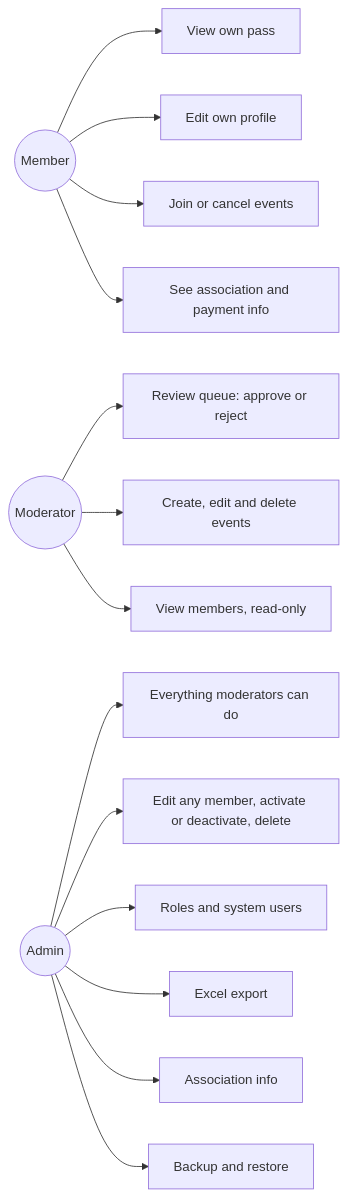
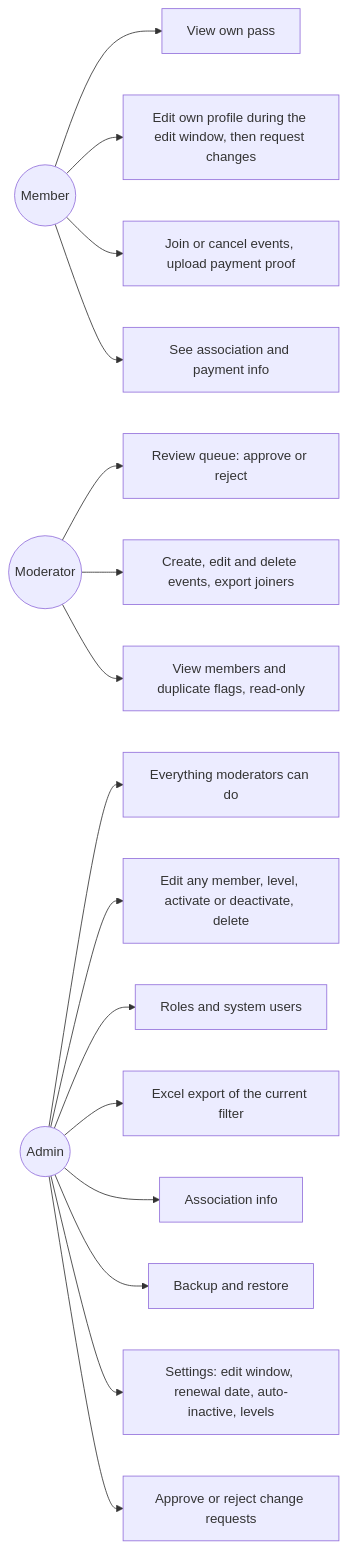
One commit to panhavad/aisarc-membership changed the third of 6 diagrams in README.md. Above: the diagram before and after it, drawn with Mermaid. The commit also changed other lines of this file and 44 other files, not shown here.

First line of the commit message:
v1.8.0: event payments and joiner export, settings, levels, change requests, duplicates

````diff
--- a/README.md
+++ b/README.md
@@ -156,16 +171,18 @@
 ```mermaid
 flowchart LR
     M((Member)) --> M1[View own pass]
-    M --> M2[Edit own profile]
-    M --> M3[Join or cancel events]
+    M --> M2[Edit own profile during the edit window, then request changes]
+    M --> M3[Join or cancel events, upload payment proof]
     M --> M4[See association and payment info]
     MO((Moderator)) --> O1[Review queue: approve or reject]
-    MO --> O2[Create, edit and delete events]
-    MO --> O3[View members, read-only]
+    MO --> O2[Create, edit and delete events, export joiners]
+    MO --> O3[View members and duplicate flags, read-only]
     AD((Admin)) --> A1[Everything moderators can do]
-    AD --> A2[Edit any member, activate or deactivate, delete]
+    AD --> A2[Edit any member, level, activate or deactivate, delete]
     AD --> A3[Roles and system users]
-    AD --> A4[Excel export]
+    AD --> A4[Excel export of the current filter]
     AD --> A5[Association info]
     AD --> A6[Backup and restore]
+    AD --> A7[Settings: edit window, renewal date, auto-inactive, levels]
+    AD --> A8[Approve or reject change requests]
 ```
````
